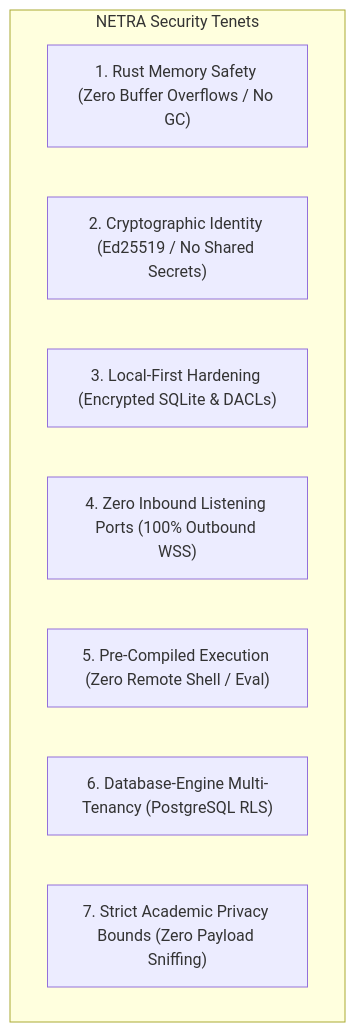
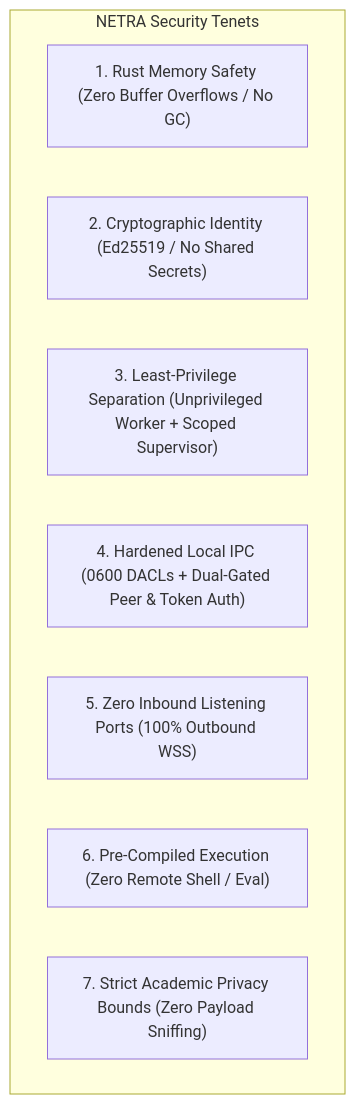
The first of 3 diagrams in docs/SECURITY_CHECK.md (Subhadip-Paul2006/NETRA-Backend), drawn with Mermaid before and after one commit. The commit also changed other lines of this file and 41 other files, not shown here.

First line of the commit message:
feat(phase2.3): implement privilege separation, process isolation, and local IPC foundation

````diff
--- a/docs/SECURITY_CHECK.md
+++ b/docs/SECURITY_CHECK.md
@@ -31,12 +31,12 @@
 ```mermaid
 flowchart TD
     subgraph ZeroTrust["NETRA Security Tenets"]
         T1["1. Rust Memory Safety (Zero Buffer Overflows / No GC)"]
         T2["2. Cryptographic Identity (Ed25519 / No Shared Secrets)"]
-        T3["3. Local-First Hardening (Encrypted SQLite & DACLs)"]
-        T4["4. Zero Inbound Listening Ports (100% Outbound WSS)"]
-        T5["5. Pre-Compiled Execution (Zero Remote Shell / Eval)"]
-        T6["6. Database-Engine Multi-Tenancy (PostgreSQL RLS)"]
+        T3["3. Least-Privilege Separation (Unprivileged Worker + Scoped Supervisor)"]
+        T4["4. Hardened Local IPC (0600 DACLs + Dual-Gated Peer & Token Auth)"]
+        T5["5. Zero Inbound Listening Ports (100% Outbound WSS)"]
+        T6["6. Pre-Compiled Execution (Zero Remote Shell / Eval)"]
         T7["7. Strict Academic Privacy Bounds (Zero Payload Sniffing)"]
     end
 ```
````
